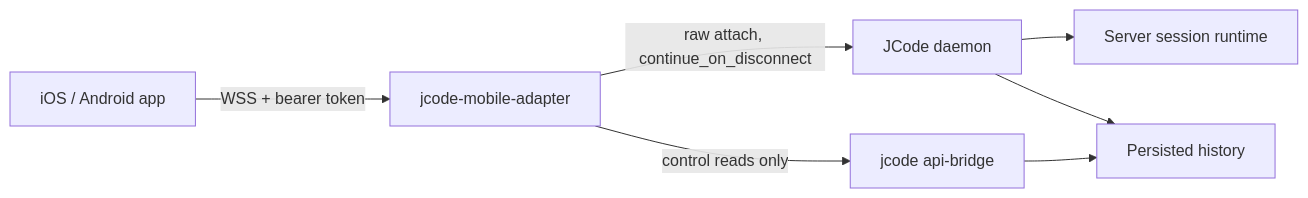
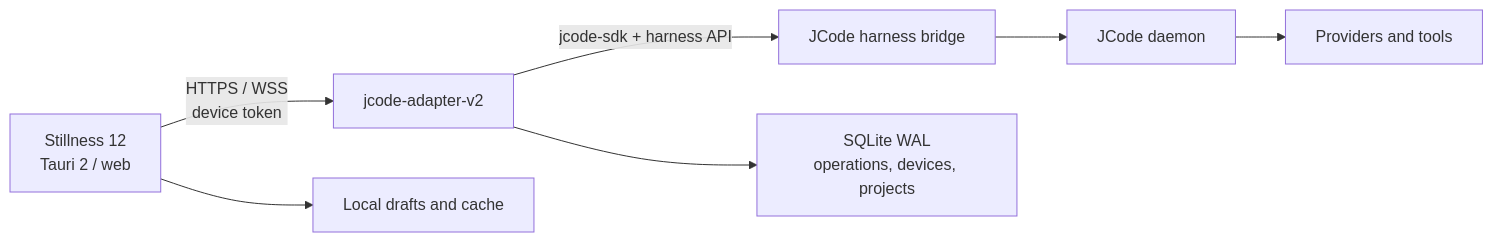
The diagram in docs/DEVELOPMENT.md (ddawnlll/jcode-mobile), drawn with Mermaid before and after one commit. The commit also changed other lines of this file and 8 other files, not shown here.

````diff
--- a/docs/DEVELOPMENT.md
+++ b/docs/DEVELOPMENT.md
@@ -54,9 +85,9 @@
 ```mermaid
 flowchart LR
-  P["iOS / Android app"] -->|"WSS + bearer token"| A["jcode-mobile-adapter"]
-  A -->|"raw attach, continue_on_disconnect"| D["JCode daemon"]
-  A -->|"control reads only"| B["jcode api-bridge"]
-  D --> R["Server session runtime"]
-  D --> H["Persisted history"]
-  B --> H
+  P["Stillness 12<br/>Tauri 2 / web"] -->|"HTTPS / WSS<br/>device token"| A["jcode-adapter-v2"]
+  A -->|"jcode-sdk + harness API"| H["JCode harness bridge"]
+  H --> D["JCode daemon"]
+  D --> M["Providers and tools"]
+  A --> J["SQLite WAL<br/>operations, devices, projects"]
+  P --> C["Local drafts and cache"]
 ```
````
